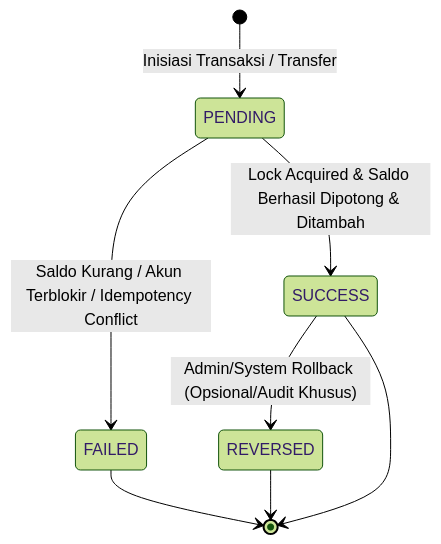
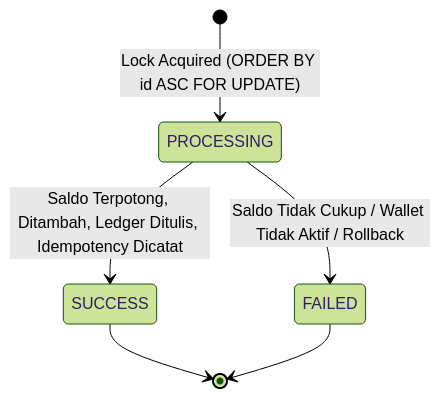
The second of 2 diagrams in docs/DOMAIN_MODEL.md (LilBoy77/Wallet-app), drawn with Mermaid (forest theme) before and after one commit. The commit also changed other lines of this file and 49 other files, not shown here.

````diff
--- a/docs/DOMAIN_MODEL.md
+++ b/docs/DOMAIN_MODEL.md
@@ -86,10 +130,8 @@
 ```mermaid
 stateDiagram-v2
-    [*] --> PENDING: Inisiasi Transaksi / Transfer
-    PENDING --> SUCCESS: Lock Acquired & Saldo Berhasil Dipotong & Ditambah
-    PENDING --> FAILED: Saldo Kurang / Akun Terblokir / Idempotency Conflict
-    SUCCESS --> REVERSED: Admin/System Rollback (Opsional/Audit Khusus)
+    [*] --> PROCESSING: Lock Acquired (ORDER BY id ASC FOR UPDATE)
+    PROCESSING --> SUCCESS: Saldo Terpotong, Ditambah, Ledger Ditulis, Idempotency Dicatat
+    PROCESSING --> FAILED: Saldo Tidak Cukup / Wallet Tidak Aktif / Rollback
+    SUCCESS --> [*]
     FAILED --> [*]
-    REVERSED --> [*]
-    SUCCESS --> [*]
 ```
````
